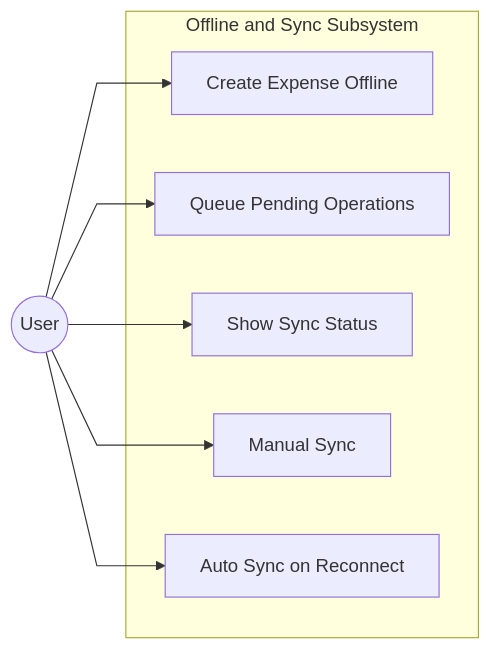
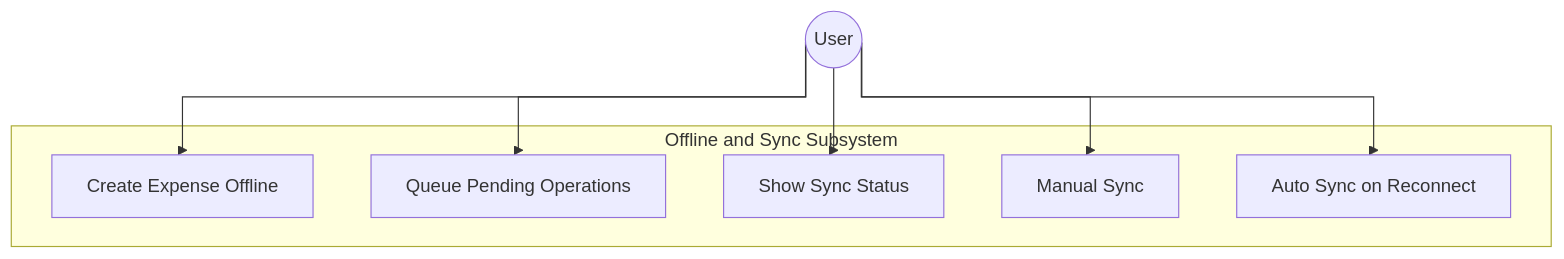
One commit to Sarthakanon/RoomEase changed the diagram in final-submission/final-diagrams/subsystems/07-offline-sync/usecase_offline_sync.mmd. Above: the diagram before and after it, drawn with Mermaid. The commit also changed 249 other files, not shown here.

Commit message:
feat: complete analytics v2 migration, recurring flows, profile pages, and deployment prep

```diff
--- a/final-submission/final-diagrams/subsystems/07-offline-sync/usecase_offline_sync.mmd
+++ b/final-submission/final-diagrams/subsystems/07-offline-sync/usecase_offline_sync.mmd
@@ -1,15 +1,15 @@
-%%{init: {'flowchart': {'curve': 'linear'}} }%%
-flowchart LR
+%%{init: {'flowchart': {'curve': 'stepBefore'}} }%%
+flowchart TB
   U((User))
   subgraph Offline and Sync Subsystem
     UC1[Create Expense Offline]
     UC2[Queue Pending Operations]
     UC3[Show Sync Status]
     UC4[Manual Sync]
     UC5[Auto Sync on Reconnect]
   end
   U --> UC1
   U --> UC2
   U --> UC3
   U --> UC4
   U --> UC5
```
